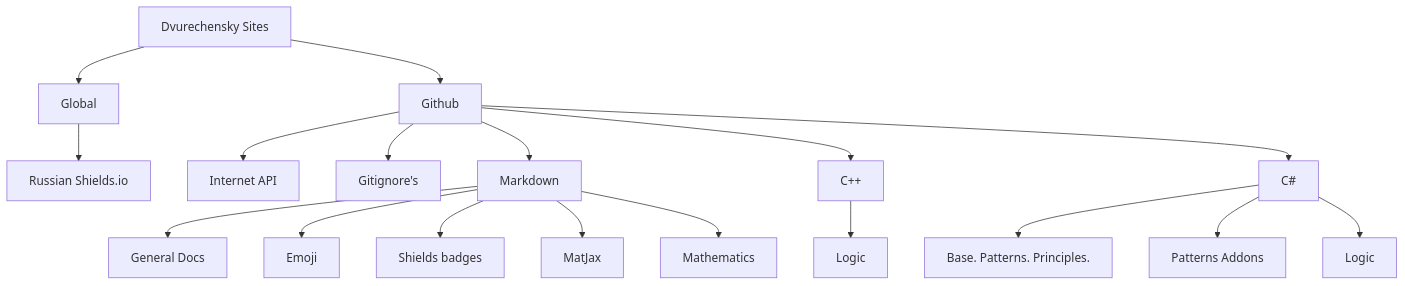
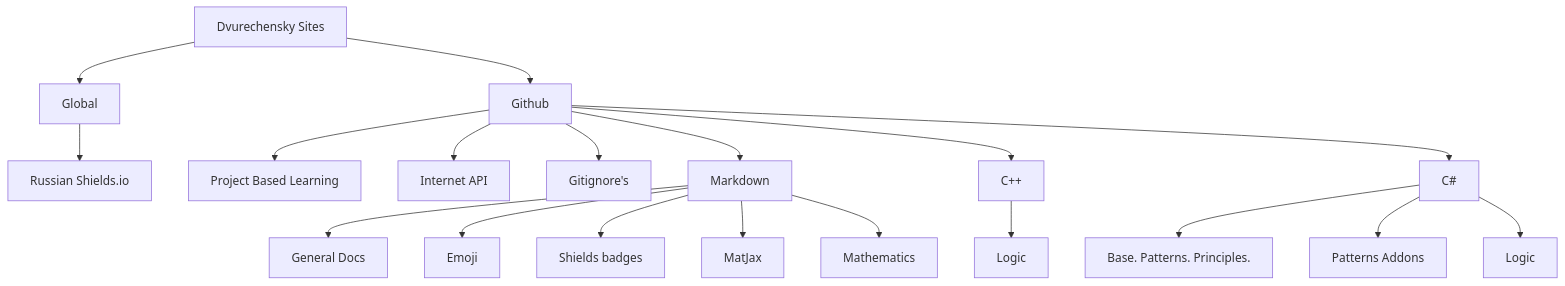
Before and after one commit to Dvurechensky/Dvurechensky: the second of 2 diagrams in README.md, drawn with Mermaid. The commit also changed other lines of this file and 1 other file, not shown here.

````diff
--- a/README.md
+++ b/README.md
@@ -71,20 +71,21 @@
 ```mermaid
 graph TD
   A[Dvurechensky Sites] --> B[Global]
   A[Dvurechensky Sites] --> C[Github]
   B --> E[Russian Shields.io]
+  C --> R[Project Based Learning]
   C --> M[Internet API]
   C --> G[Gitignore's]
   C --> H[Markdown]
   C --> W[C++]
   W --> W1[Logic]
   C --> N[C#]
   N --> N1[Base. Patterns. Principles.]
   N --> N2[Patterns Addons]
   N --> N3[Logic]
   H --> K[General Docs]
   H --> L[Emoji]
   H --> Z[Shields badges]
   H --> X[MatJax]
   H --> V[Mathematics]
 ```
````
